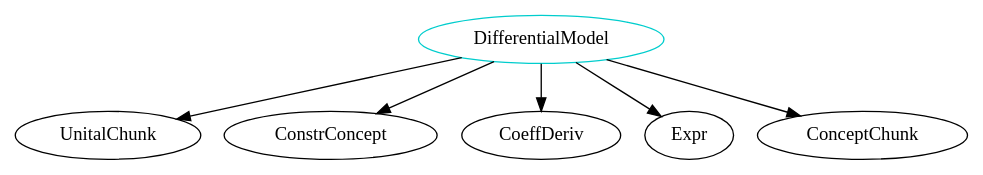
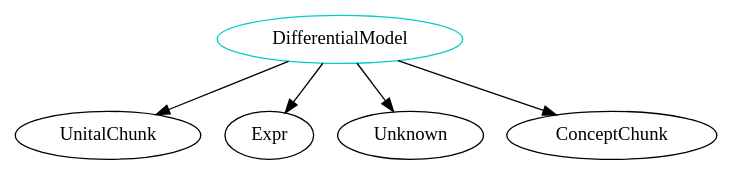
Before and after one commit to JacquesCarette/Drasil: the diagram in analysis/TypeDependencyGraphs/lang/DifferentialModel.dot, drawn with Graphviz. The commit also changed 4412 other files, not shown here.

```diff
--- a/analysis/TypeDependencyGraphs/lang/DifferentialModel.dot
+++ b/analysis/TypeDependencyGraphs/lang/DifferentialModel.dot
@@ -1,8 +1,7 @@
 digraph differentialmodel{
 DifferentialModel	[shape=oval, color=cyan3, label="DifferentialModel"];
 DifferentialModel -> UnitalChunk;
-DifferentialModel -> ConstrConcept;
-DifferentialModel -> CoeffDeriv;
 DifferentialModel -> Expr;
+DifferentialModel -> Unknown;
 DifferentialModel -> ConceptChunk;
 }
```
